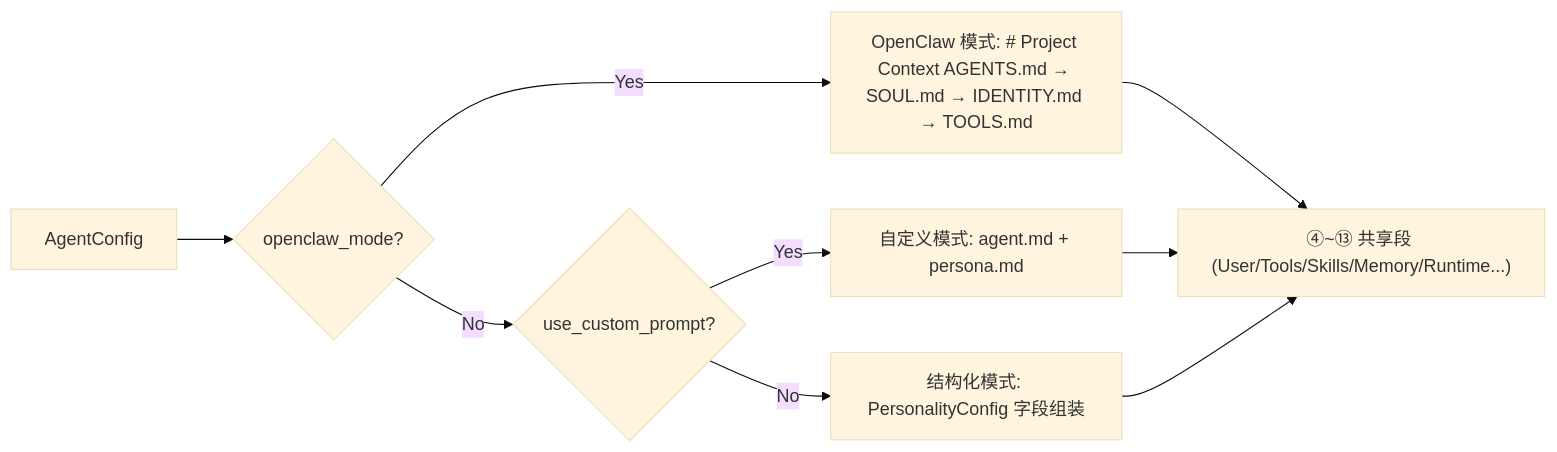
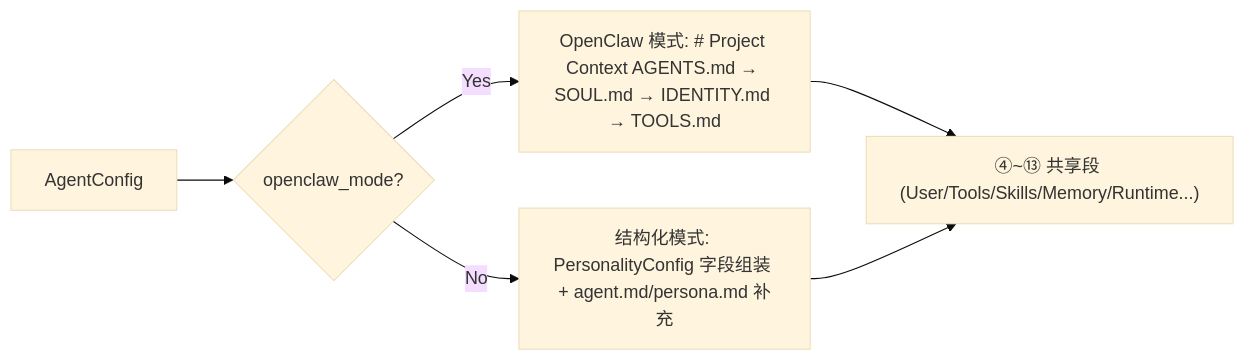
Before and after one commit to shiwenwen/hope-agent: the second of 4 diagrams in docs/architecture/prompt-system.md, drawn with Mermaid (base theme). The commit also changed other lines of this file and 7 other files, not shown here.

First line of the commit message:
refactor(agent): 移除 use_custom_prompt 字段

````diff
--- a/docs/architecture/prompt-system.md
+++ b/docs/architecture/prompt-system.md
@@ -60,11 +60,8 @@
 ```mermaid
 graph LR
     CFG["AgentConfig"] --> C1{"openclaw_mode?"}
     C1 -- Yes --> OC["OpenClaw 模式: # Project Context AGENTS.md → SOUL.md → IDENTITY.md → TOOLS.md"]
-    C1 -- No --> C2{"use_custom_prompt?"}
-    C2 -- Yes --> CP["自定义模式: agent.md + persona.md"]
-    C2 -- No --> ST["结构化模式: PersonalityConfig 字段组装"]
+    C1 -- No --> ST["结构化模式: PersonalityConfig 字段组装 + agent.md/persona.md 补充"]
     OC --> REST["④~⑬ 共享段 (User/Tools/Skills/Memory/Runtime...)"]
-    CP --> REST
     ST --> REST
 ```
````
